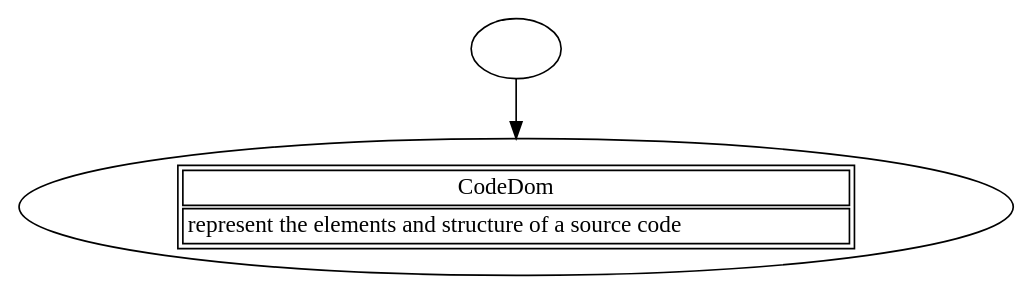
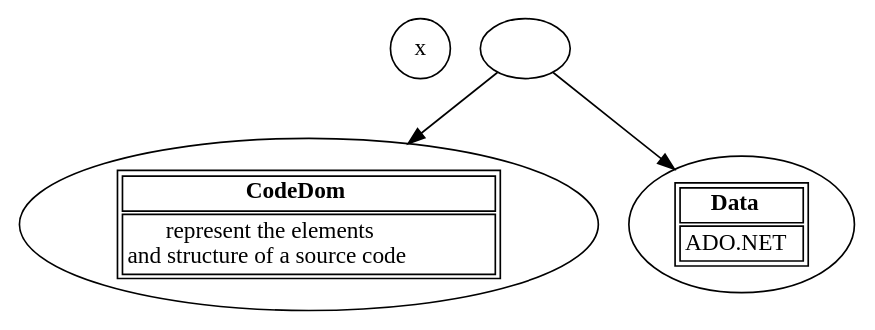
Before and after one commit to ReneNyffenegger/temp-dotNet: the diagram in namespaces/namespace-hierarchy.dot, drawn with Graphviz. The commit also changed 1 other file, not shown here.

```diff
--- a/namespaces/namespace-hierarchy.dot
+++ b/namespaces/namespace-hierarchy.dot
@@ -1,9 +1,12 @@
 digraph hierarchy {
 
+   x [ shape=circle ]
 
    System [ label = "" ];
-   System_CodeDom [ label=< <table><tr><td>CodeDom</td></tr><tr><td> represent the elements and structure of a source code</td></tr></table> > ];
+   CodeDom [ label=< <table><tr><td><b>CodeDom</b></td></tr><tr><td> represent the elements<br/>and structure of a source code</td></tr></table> > ];
+   Data [ label=< <table><tr><td><b>Data</b></td></tr><tr><td>ADO.NET</td></tr></table> > ];
 
-   System -> System_CodeDom;
+   System -> CodeDom;
+   System -> Data;
 
 }
```
